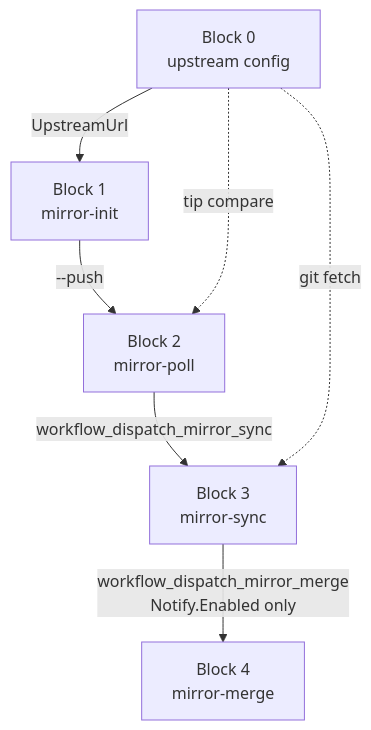
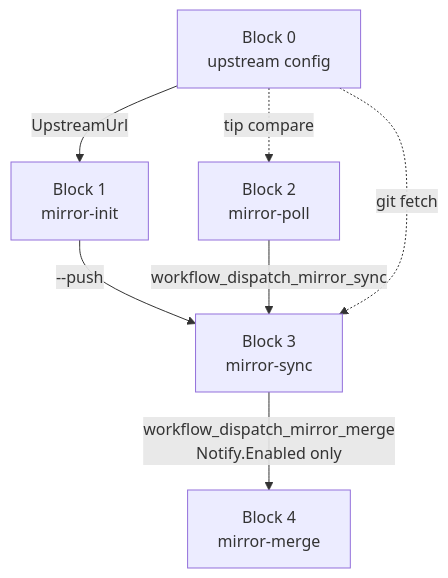
The diagram in docs/plan-workflow.md (msys2-apiss/msys2-apiss-sync), drawn with Mermaid before and after one commit. The commit also changed other lines of this file and 9 other files, not shown here.

````diff
--- a/docs/plan-workflow.md
+++ b/docs/plan-workflow.md
@@ -78,16 +79,16 @@
 ```mermaid
 flowchart TB
   B0["Block 0\nupstream config"]
   B1["Block 1\nmirror-init"]
   B2["Block 2\nmirror-poll"]
   B3["Block 3\nmirror-sync"]
   B4["Block 4\nmirror-merge"]
 
   B0 -->|UpstreamUrl| B1
-  B1 -->|--push| B2
+  B1 -->|--push| B3
   B2 -->|workflow_dispatch_mirror_sync| B3
   B3 -->|workflow_dispatch_mirror_merge\nNotify.Enabled only| B4
 
   B0 -.->|tip compare| B2
   B0 -.->|git fetch| B3
 ```
````
